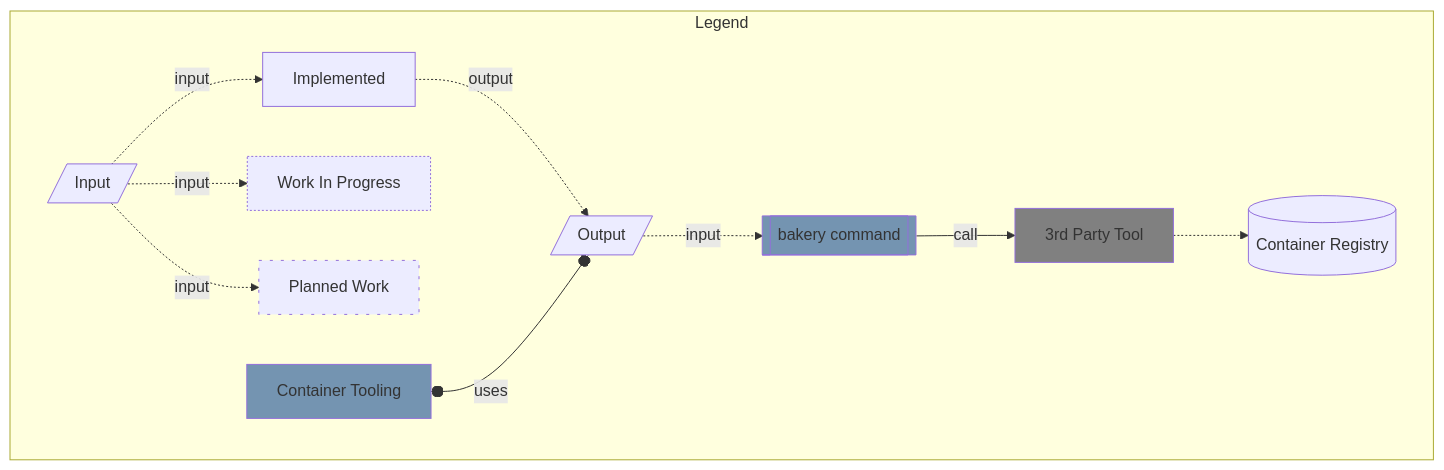
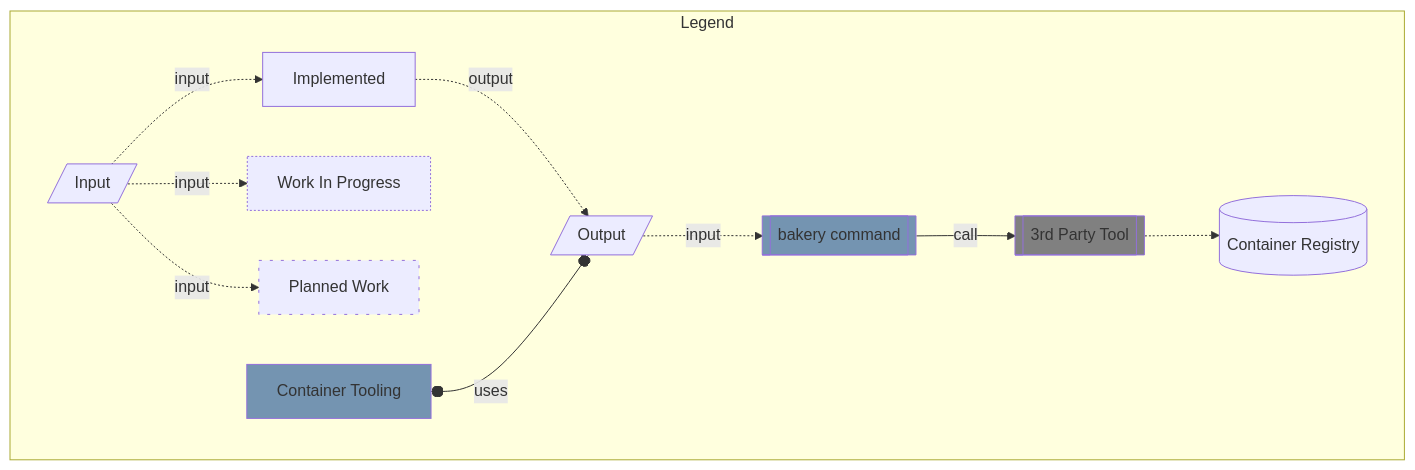
The first of 7 diagrams in posit-bakery/ARCHITECTURE.md (posit-dev/images-shared), drawn with Mermaid before and after one commit. The commit also changed other lines of this file, not shown here.

Commit message:
Implement PR feedback to improve diagram readability

````diff
--- a/posit-bakery/ARCHITECTURE.md
+++ b/posit-bakery/ARCHITECTURE.md
@@ -7,32 +7,32 @@
 ```mermaid
 flowchart TB
 
     subgraph Legend
         input[/"Input"/]
         output[/"Output"/]
         implemented["Implemented"]
         inprogress["Work In Progress"]
         planned["Planned Work"]
         bakery[["bakery command"]]
-        external["3rd Party Tool"]
+        external[["3rd Party Tool"]]
         tool["Container Tooling"]
         reg[("Container Registry")]
 
         input -. "input" .-> implemented -. "output" .-> output
         input -. "input" .-> inprogress
         input -. "input" .-> planned
         tool o-- "uses" --o output
         output -. "input" .-> bakery
         bakery -- "call" --> external -.-> reg
     end
 
     classDef tooling fill:#7494B1
     classDef external fill:grey
     classDef progress stroke-dasharray: 2 2
     classDef todo stroke-dasharray: 3 8
 
     class bakery,tool,pti tooling
     class external external
     class inprogress progress
     class planned todo
 ```
````
